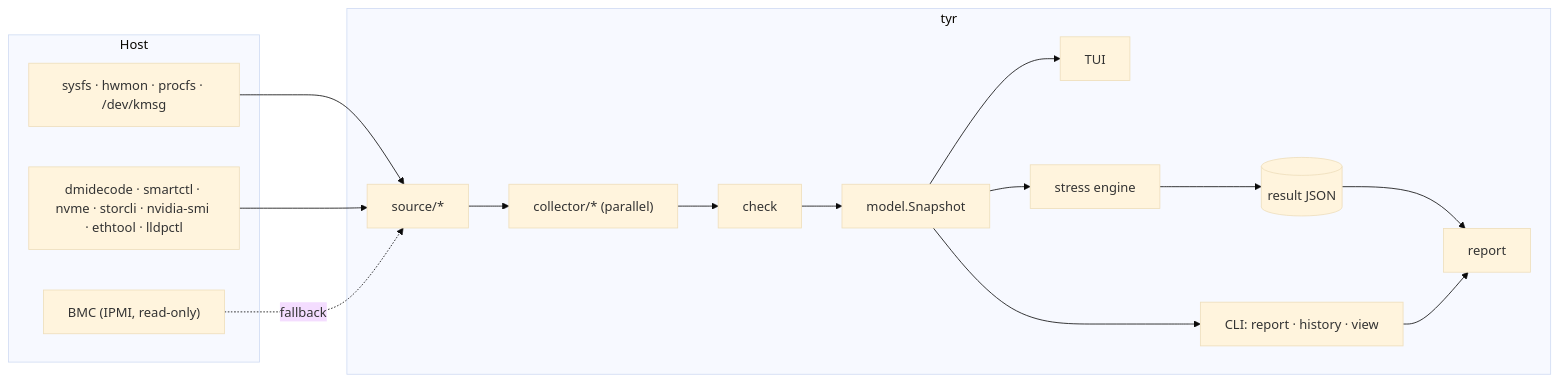
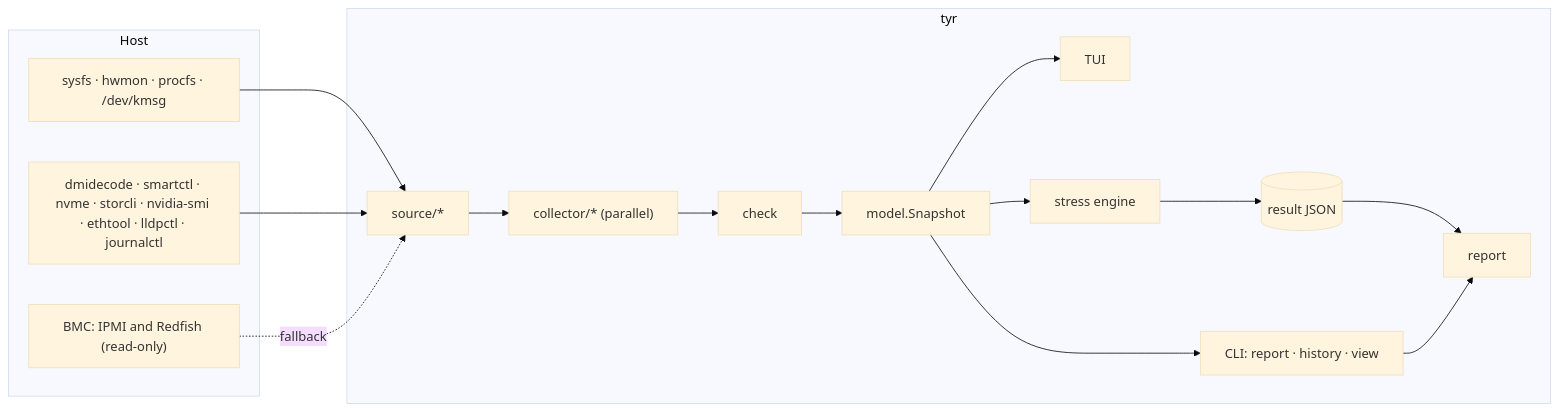
One commit to noahzmr/tyr changed the first of 2 diagrams in docs/architecture.md. Above: the diagram before and after it, drawn with Mermaid (base theme). The commit also changed other lines of this file and 26 other files, not shown here.

````diff
--- a/docs/architecture.md
+++ b/docs/architecture.md
@@ -20,21 +21,21 @@
 ```mermaid
 flowchart LR
     subgraph host["Host"]
         sys["sysfs · hwmon · procfs · /dev/kmsg"]
-        tools["dmidecode · smartctl · nvme · storcli · nvidia-smi · ethtool · lldpctl"]
-        bmc["BMC (IPMI, read-only)"]
+        tools["dmidecode · smartctl · nvme · storcli · nvidia-smi · ethtool · lldpctl · journalctl"]
+        bmc["BMC: IPMI and Redfish (read-only)"]
     end
     subgraph tyr["tyr"]
         src["source/*"] --> col["collector/* (parallel)"]
         col --> chk["check"] --> snap["model.Snapshot"]
         snap --> tui["TUI"]
         snap --> cli["CLI: report · history · view"]
         snap --> stress["stress engine"]
         stress --> res[("result JSON")]
         res --> rep["report"]
         cli --> rep
     end
     sys --> src
     tools --> src
     bmc -. fallback .-> src
 ```
````
